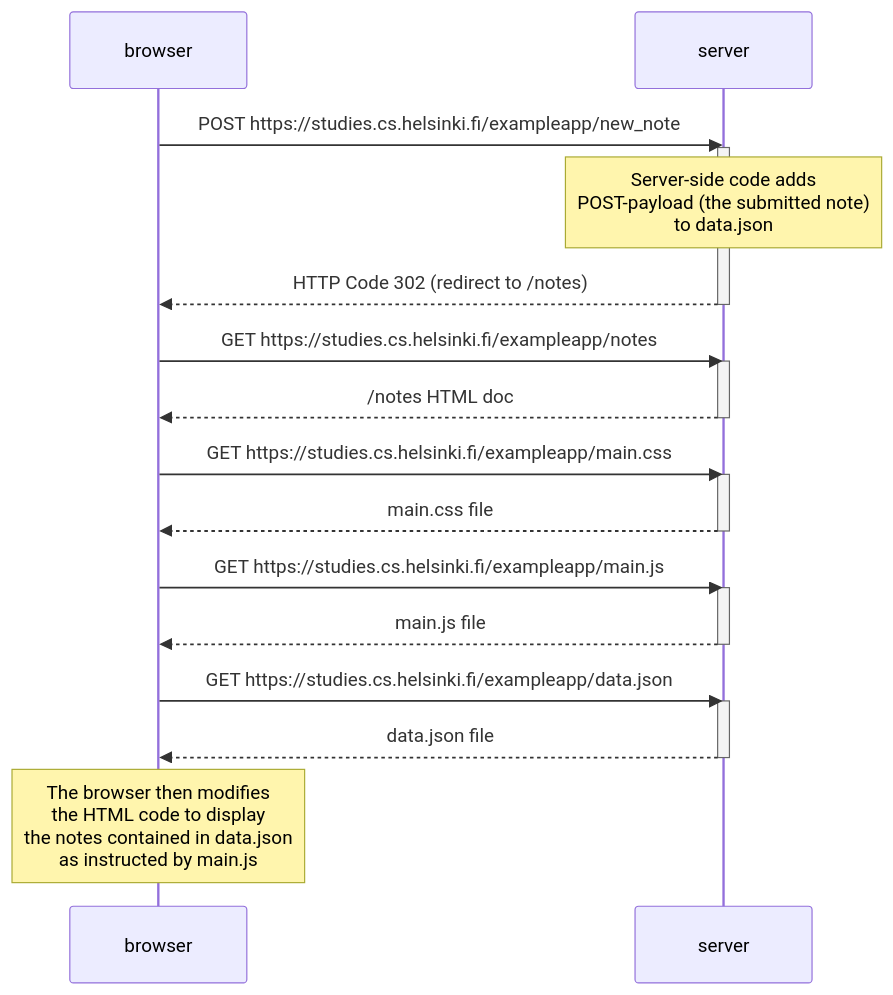
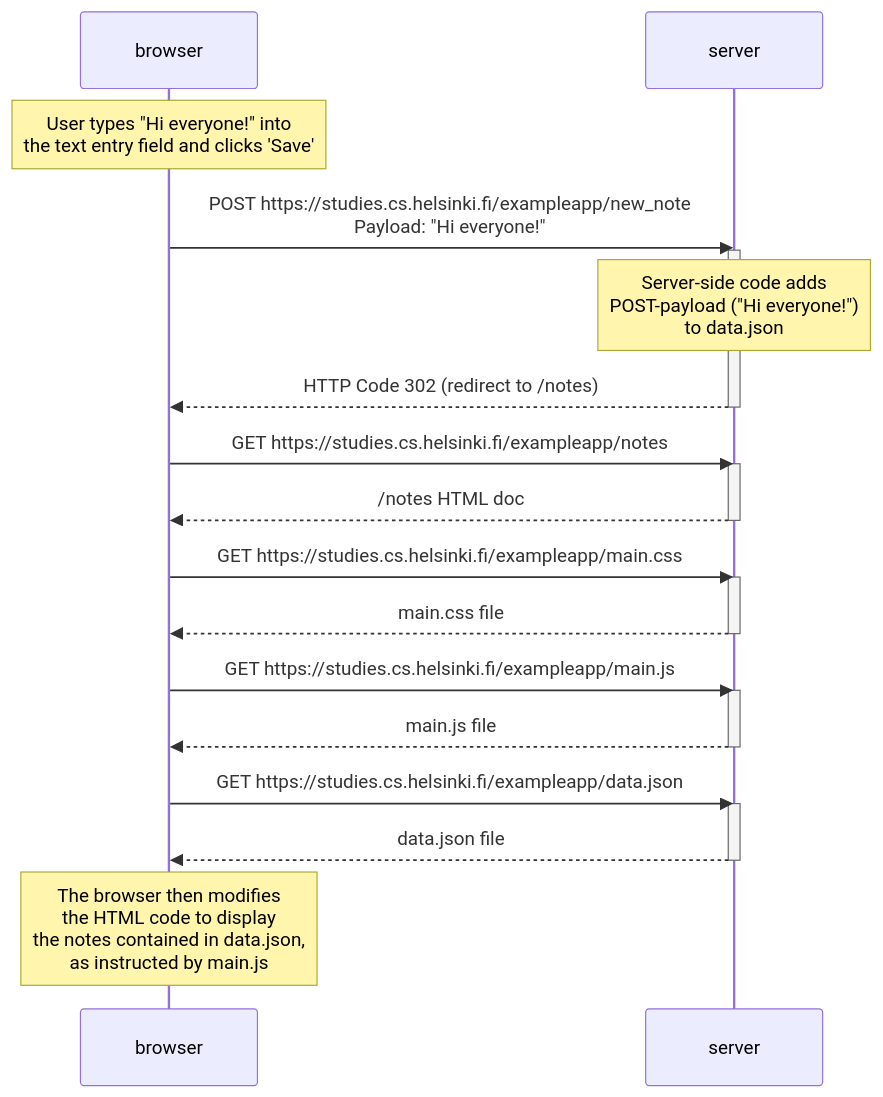
One commit to LewPort/FullStackOpen changed the diagram in part 0/0.4 New Note Diagram.md. Above: the diagram before and after it, drawn with Mermaid. The commit also changed 2 other files, not shown here.

Commit message:
Add sequence diagram for data fetching in Single Page App

````diff
--- a/part 0/0.4 New Note Diagram.md
+++ b/part 0/0.4 New Note Diagram.md
@@ -1,35 +1,37 @@
 ```mermaid
 sequenceDiagram
     participant browser
     participant server
 
-    browser->>server:POST https://studies.cs.helsinki.fi/exampleapp/new_note
+    note over browser: User types "Hi everyone!" into<br>the text entry field and clicks 'Save'
+
+    browser->>server:POST https://studies.cs.helsinki.fi/exampleapp/new_note<br/>Payload: "Hi everyone!"
     activate server
-    note over server: Server-side code adds <br/>POST-payload (the submitted note)<br/> to data.json
+    note over server: Server-side code adds <br/>POST-payload ("Hi everyone!")<br/> to data.json
     server-->>browser: HTTP Code 302 (redirect to /notes)
     deactivate server
 
     
     browser->>server:GET https://studies.cs.helsinki.fi/exampleapp/notes
     activate server
     server-->>browser: /notes HTML doc
     deactivate server
 
     browser->>server:GET https://studies.cs.helsinki.fi/exampleapp/main.css
     activate server
     server-->>browser: main.css file
     deactivate server
 
     browser->>server:GET https://studies.cs.helsinki.fi/exampleapp/main.js
     activate server
     server-->>browser: main.js file
     deactivate server
 
     browser->>server:GET https://studies.cs.helsinki.fi/exampleapp/data.json
     activate server
     server-->>browser: data.json file
     deactivate server
 
     activate browser
-    note over browser: The browser then modifies<br/> the HTML code to display<br/> the notes contained in data.json<br/> as instructed by main.js
+    note over browser: The browser then modifies<br/> the HTML code to display<br/> the notes contained in data.json,<br/> as instructed by main.js
 ```
````
